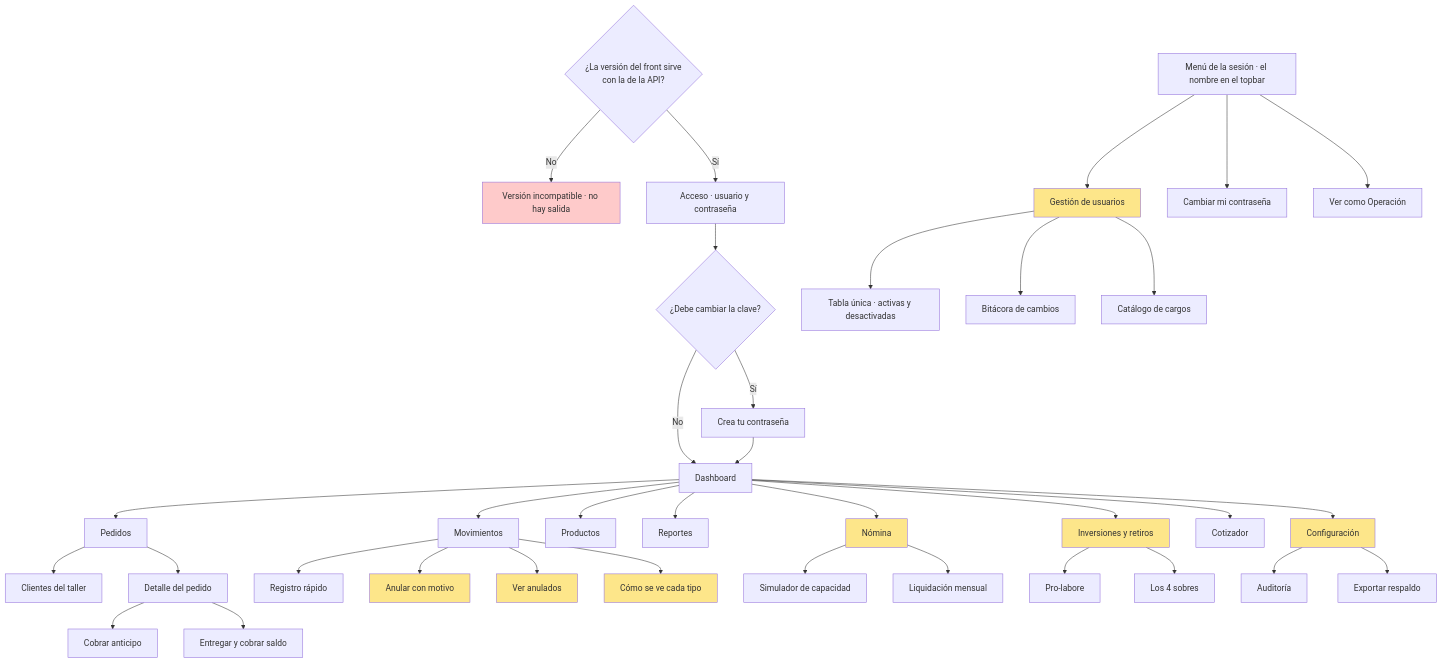
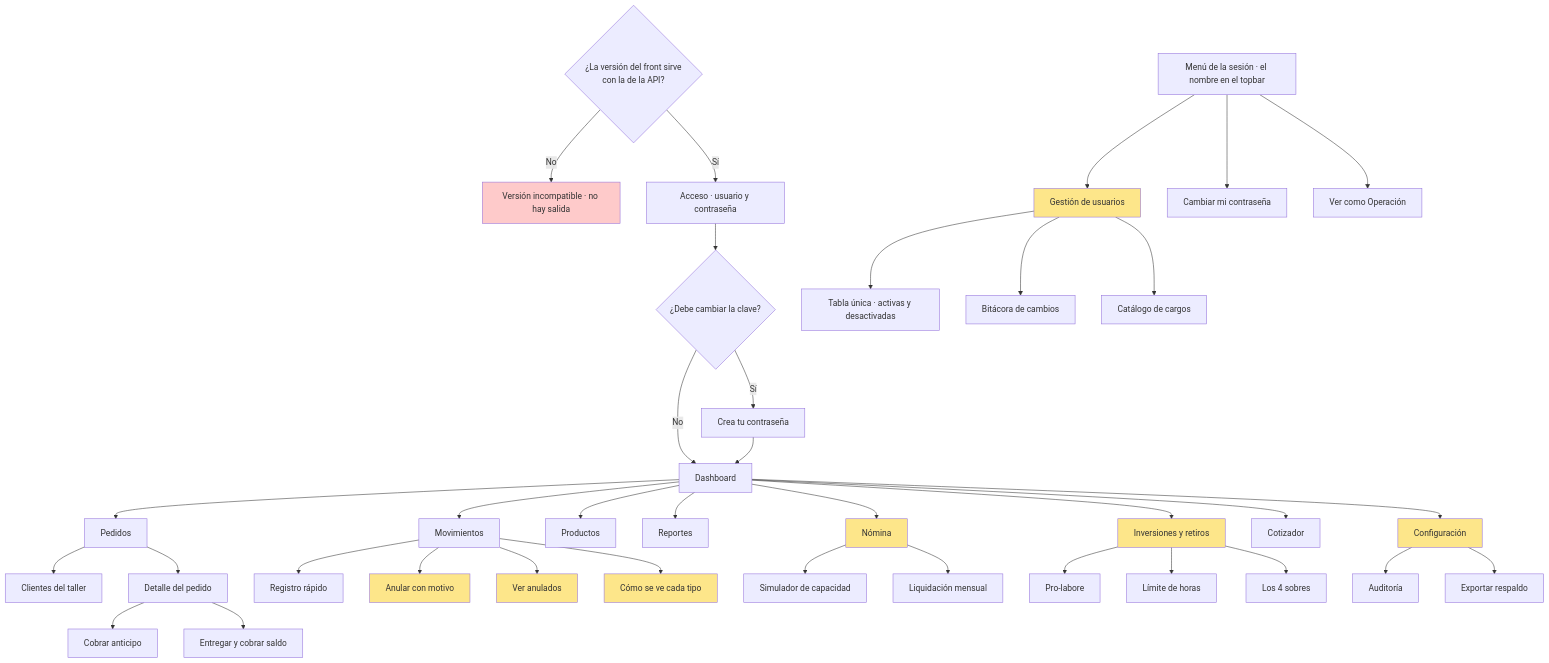
Before and after one commit to Juanchope039/Finanzas-PRISMA: the diagram in docs/10-ux-y-mockups.md, drawn with Mermaid. The commit also changed other lines of this file and 25 other files, not shown here.

````diff
--- a/docs/10-ux-y-mockups.md
+++ b/docs/10-ux-y-mockups.md
@@ -51,55 +51,56 @@
 ```mermaid
 graph TD
   A0{¿La versión del front sirve
 con la de la API?} -->|No| VI[Versión incompatible · no hay salida]
   A0 -->|Sí| L[Acceso · usuario y contraseña]
   L --> V{¿Debe cambiar la clave?}
   V -->|Sí| CC[Crea tu contraseña]
   V -->|No| D[Dashboard]
   CC --> D
 
   D --> P[Pedidos]
   D --> M[Movimientos]
   D --> PR[Productos]
   D --> R[Reportes]
   D --> I[Inversiones y retiros]
   D --> N[Nómina]
   D --> C[Cotizador]
   D --> CF[Configuración]
 
   MS[Menú de la sesión · el nombre en el topbar] --> U[Gestión de usuarios]
   MS --> MP[Cambiar mi contraseña]
   MS --> VO[Ver como Operación]
 
   P --> CL[Clientes del taller]
   P --> PD[Detalle del pedido]
   PD --> PA[Cobrar anticipo]
   PD --> PE[Entregar y cobrar saldo]
 
   M --> MR[Registro rápido]
   M --> MA[Anular con motivo]
   M --> MV[Ver anulados]
   M --> MT[Cómo se ve cada tipo]
 
   N --> NS[Simulador de capacidad]
   N --> NL[Liquidación mensual]
 
   I --> IP[Pro-labore]
+  I --> IL[Límite de horas]
   I --> IS[Los 4 sobres]
 
   CF --> CA[Auditoría]
   CF --> CE[Exportar respaldo]
 
   U --> UT[Tabla única · activas y desactivadas]
   U --> UB[Bitácora de cambios]
   U --> UC[Catálogo de cargos]
 
   style N fill:#fde68a
   style I fill:#fde68a
   style CF fill:#fde68a
   style U fill:#fde68a
   style MA fill:#fde68a
   style MV fill:#fde68a
   style MT fill:#fde68a
   style VI fill:#fecaca
 ```
````
